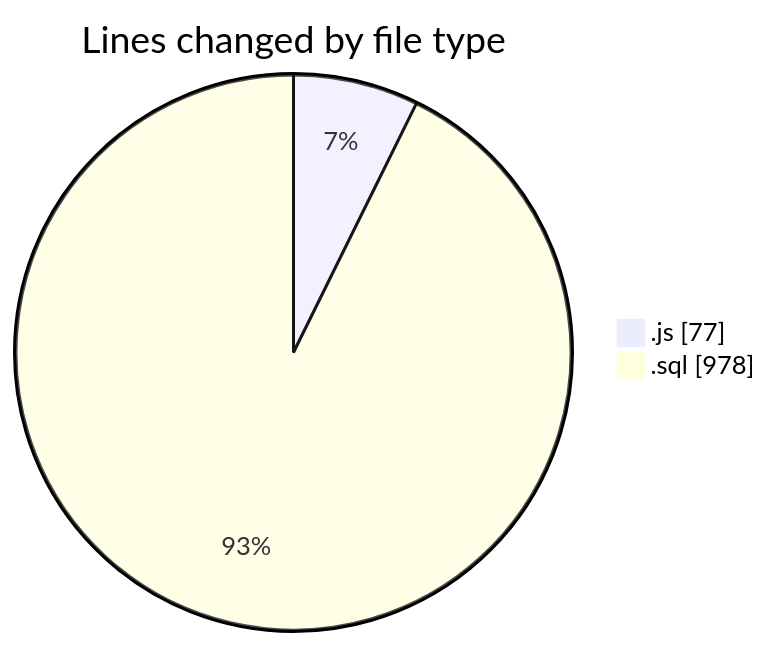
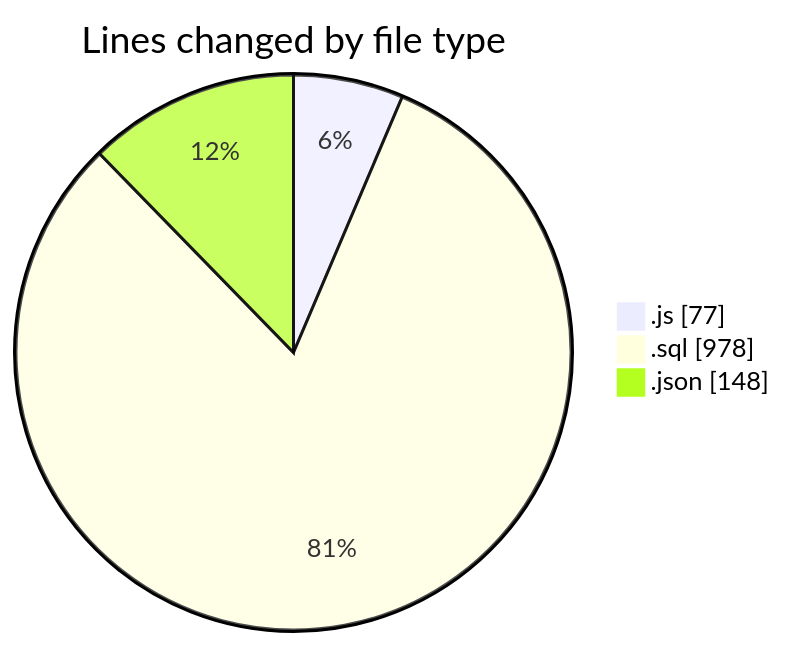
Before and after one commit to momahboobian/code-tracking: the first of 2 diagrams in 2026-05-20/cda/README.md, drawn with Mermaid. The commit also changed other lines of this file and 1 other file, not shown here.

````diff
--- a/2026-05-20/cda/README.md
+++ b/2026-05-20/cda/README.md
@@ -23,6 +24,7 @@
 ```mermaid
 pie showData
 title Lines changed by file type
 ".js" : 77
 ".sql" : 978
+".json" : 148
 ```
````
